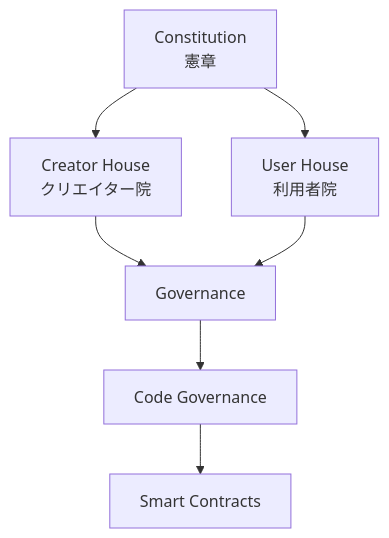
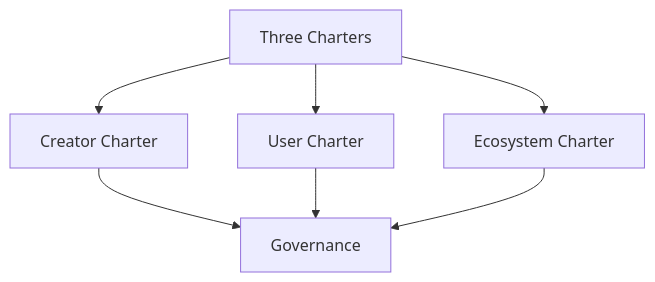
One commit to ShigeichiroYamasaki/creator-first-platform changed diagram 11 of 17 in docs/whitepaper/01-vision.md. Above: the diagram before and after it, drawn with Mermaid. The commit also changed other lines of this file and 1 other file, not shown here.

````diff
--- a/docs/whitepaper/01-vision.md
+++ b/docs/whitepaper/01-vision.md
@@ -200,13 +297,12 @@
 ```mermaid
 flowchart TD
-    CONST[Constitution<br/>憲章]
+    CONST[Three Charters]
 
-    CONST --> CH[Creator House<br/>クリエイター院]
-    CONST --> UH[User House<br/>利用者院]
+    CONST --> CC[Creator Charter]
+    CONST --> UC[User Charter]
+    CONST --> EC[Ecosystem Charter]
 
-    CH --> GOV[Governance]
-    UH --> GOV
-
-    GOV --> CG[Code Governance]
-    CG --> SC[Smart Contracts]
+    CC --> GOV[Governance]
+    UC --> GOV
+    EC --> GOV
 ```
````
